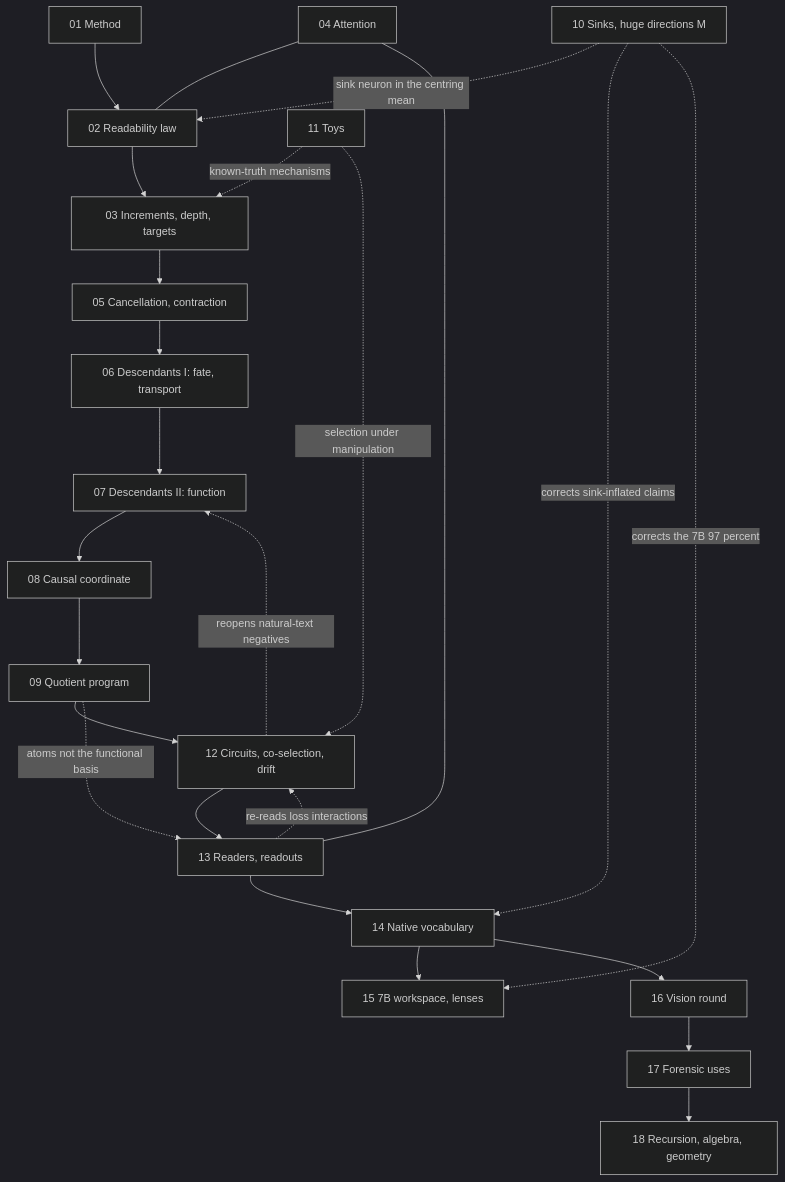
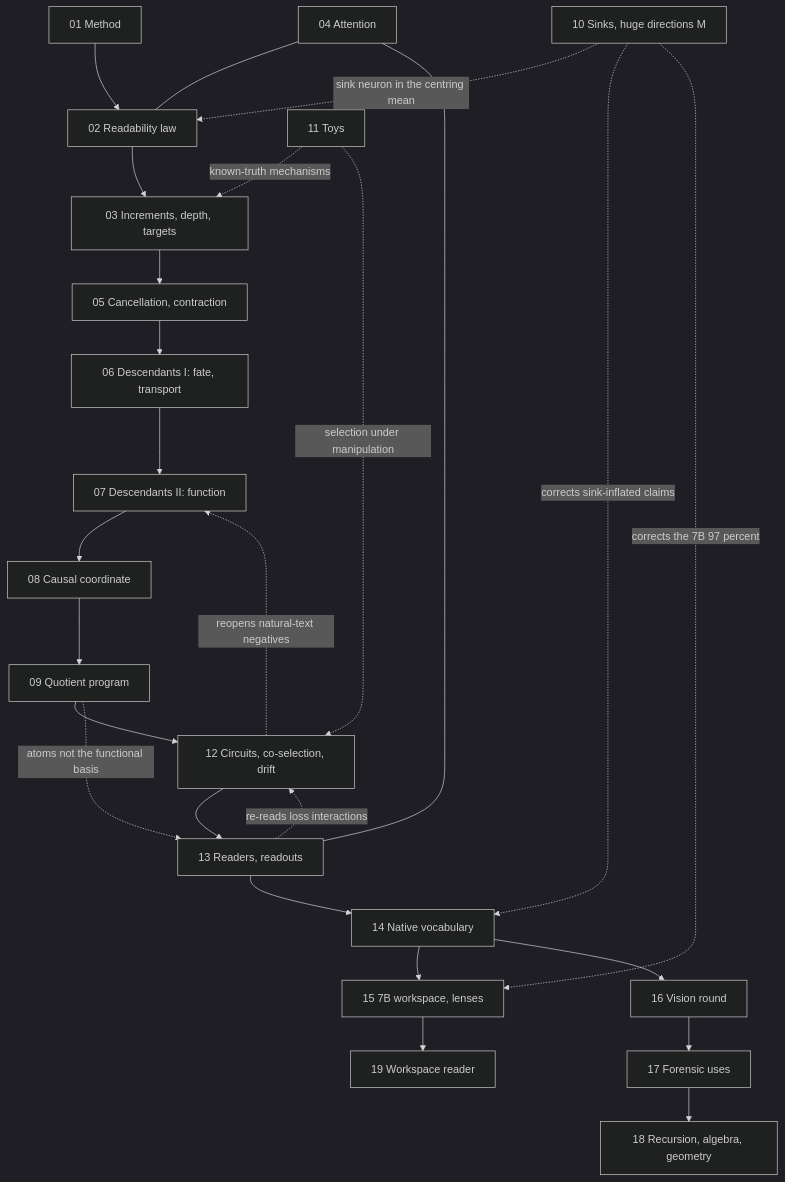
One commit to sunmoonron/wdd-descendants changed the diagram in README.md. Above: the diagram before and after it, drawn with Mermaid (dark theme). The commit also changed other lines of this file and 24 other files, not shown here.

````diff
--- a/README.md
+++ b/README.md
@@ -38,27 +39,28 @@
 ```mermaid
 flowchart TD
   A01["01 Method"] --> A02["02 Readability law"]
   A02 --> A03["03 Increments, depth, targets"]
   A03 --> A05["05 Cancellation, contraction"]
   A05 --> A06["06 Descendants I: fate, transport"]
   A06 --> A07["07 Descendants II: function"]
   A07 --> A08["08 Causal coordinate"]
   A08 --> A09["09 Quotient program"]
   A09 --> A12["12 Circuits, co-selection, drift"]
   A12 --> A13["13 Readers, readouts"]
   A13 --> A14["14 Native vocabulary"]
   A14 --> A15["15 7B workspace, lenses"]
   A14 --> A16["16 Vision round"]
   A16 --> A17["17 Forensic uses"]
   A17 --> A18["18 Recursion, algebra, geometry"]
+  A15 --> A19["19 Workspace reader"]
   A04["04 Attention"] --- A02
   A04 --- A13
   A10["10 Sinks, huge directions M"] -.->|sink neuron in the centring mean| A02
   A10 -.->|corrects sink-inflated claims| A14
   A10 -.->|corrects the 7B 97 percent| A15
   A11["11 Toys"] -.->|known-truth mechanisms| A03
   A11 -.->|selection under manipulation| A12
   A12 -.->|reopens natural-text negatives| A07
   A13 -.->|re-reads loss interactions| A12
   A09 -.->|atoms not the functional basis| A13
 ```
````
